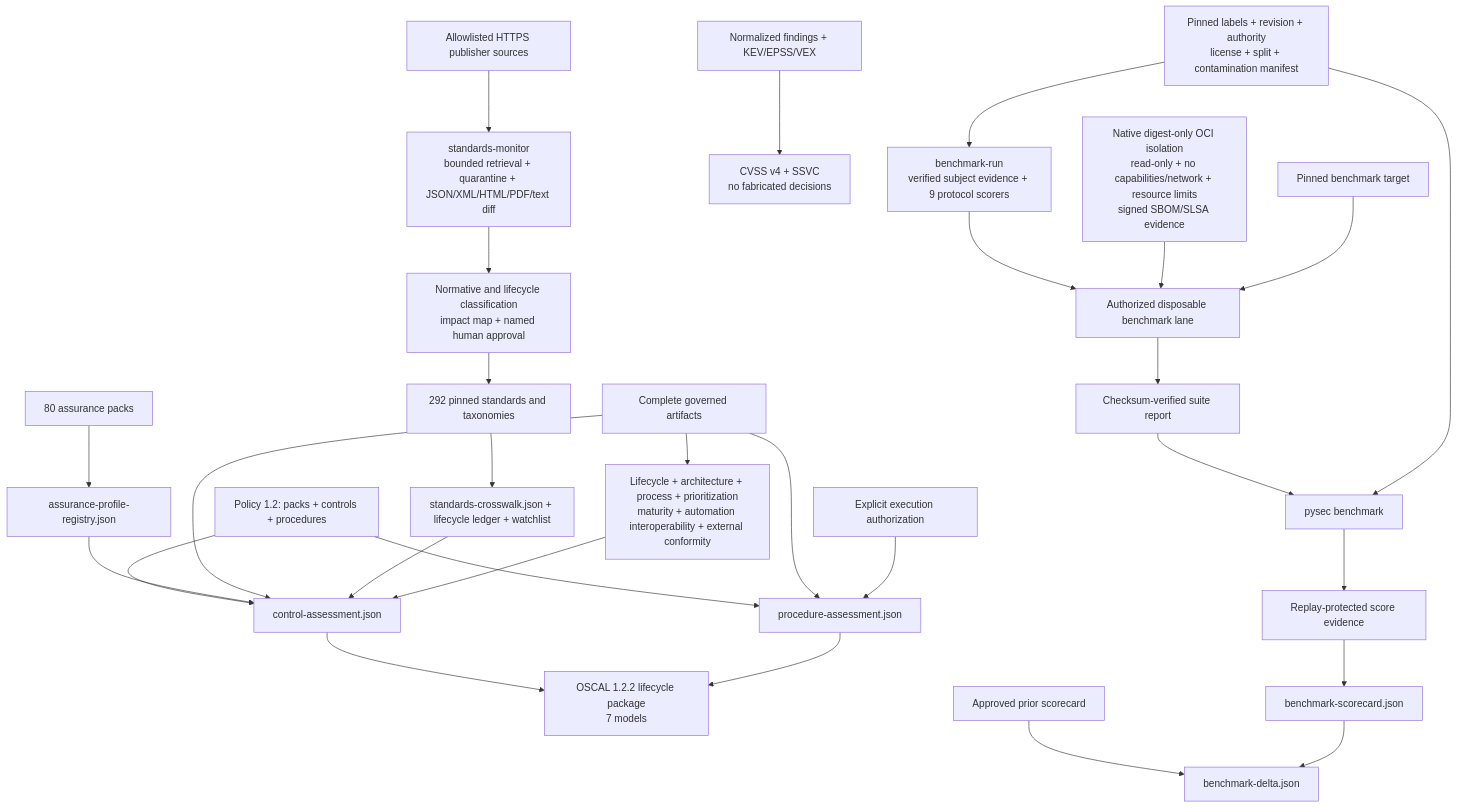
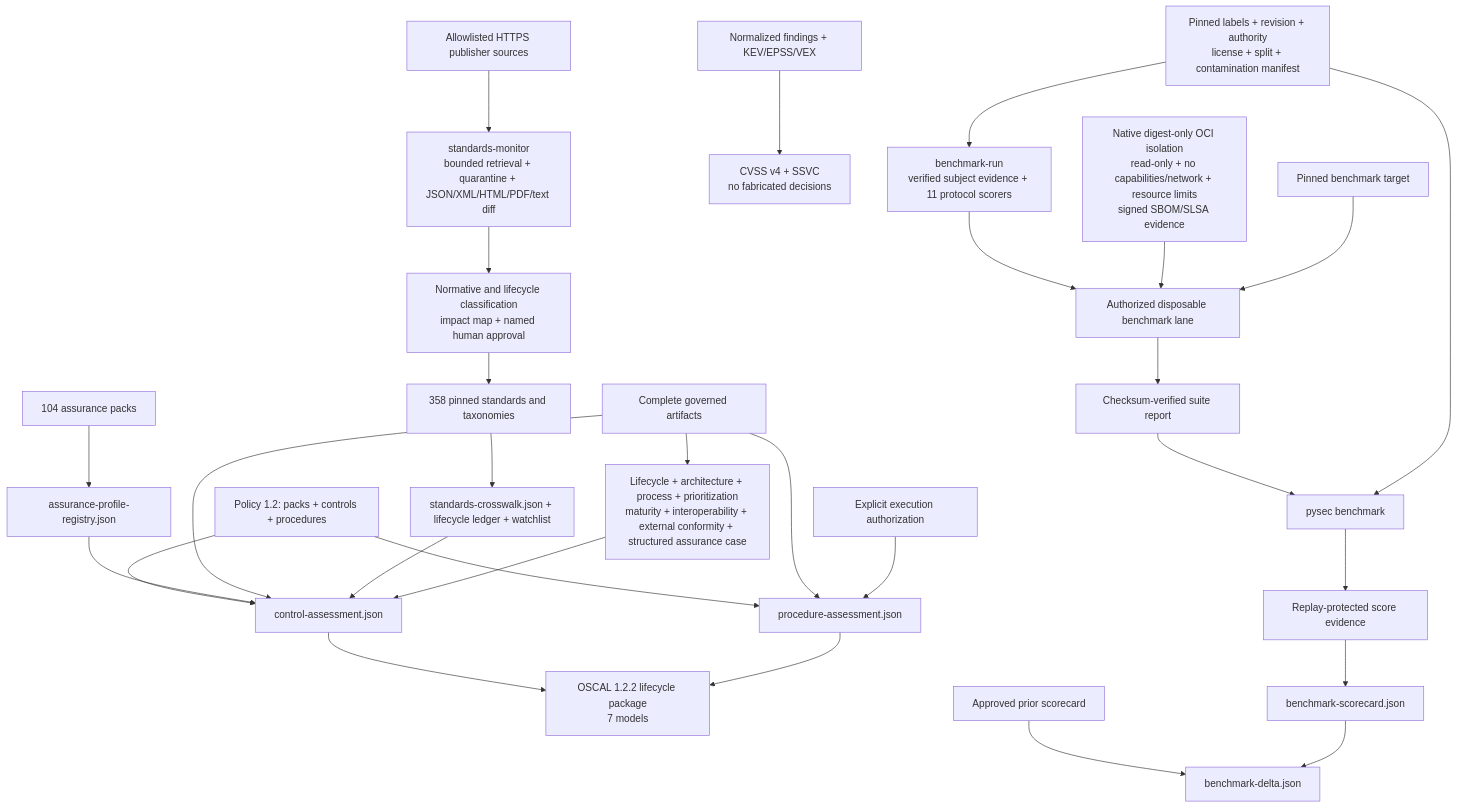
The diagram in docs/industry-standards-benchmarks.md (willtran87/project-py-security-suite), drawn with Mermaid before and after one commit. The commit also changed other lines of this file and 23 other files, not shown here.

Commit message:
Expand industry assurance standards and benchmarks

````diff
--- a/docs/industry-standards-benchmarks.md
+++ b/docs/industry-standards-benchmarks.md
@@ -535,32 +648,32 @@
 ```mermaid
 flowchart TB
     Publisher["Allowlisted HTTPS publisher sources"] --> Monitor["standards-monitor<br/>bounded retrieval + quarantine + JSON/XML/HTML/PDF/text diff"]
     Monitor --> Review["Normative and lifecycle classification<br/>impact map + named human approval"]
-    Review --> Catalog["292 pinned standards and taxonomies"]
+    Review --> Catalog["358 pinned standards and taxonomies"]
     Catalog --> Crosswalk["standards-crosswalk.json + lifecycle ledger + watchlist"]
-    Packs["80 assurance packs"] --> ProfileRegistry["assurance-profile-registry.json"]
+    Packs["104 assurance packs"] --> ProfileRegistry["assurance-profile-registry.json"]
     Policy["Policy 1.2: packs + controls + procedures"] --> Control["control-assessment.json"]
     ProfileRegistry --> Control
     Policy --> Procedure["procedure-assessment.json"]
     Evidence["Complete governed artifacts"] --> Control
     Evidence --> Procedure
     Authorization["Explicit execution authorization"] --> Procedure
     Crosswalk --> Control
-    Evidence --> Foundation["Lifecycle + architecture + process + prioritization<br/>maturity + automation interoperability + external conformity"]
+    Evidence --> Foundation["Lifecycle + architecture + process + prioritization<br/>maturity + interoperability + external conformity + structured assurance case"]
     Foundation --> Control
     Control --> OSCAL["OSCAL 1.2.2 lifecycle package<br/>7 models"]
     Procedure --> OSCAL
 
     Findings["Normalized findings + KEV/EPSS/VEX"] --> Priority["CVSS v4 + SSVC<br/>no fabricated decisions"]
-    Corpus["Pinned labels + revision + authority<br/>license + split + contamination manifest"] --> Adapter["benchmark-run<br/>verified subject evidence + 9 protocol scorers"]
+    Corpus["Pinned labels + revision + authority<br/>license + split + contamination manifest"] --> Adapter["benchmark-run<br/>verified subject evidence + 11 protocol scorers"]
     Adapter --> Lane["Authorized disposable benchmark lane"]
     Qualification["Native digest-only OCI isolation<br/>read-only + no capabilities/network + resource limits<br/>signed SBOM/SLSA evidence"] --> Lane
     Target["Pinned benchmark target"] --> Lane
     Lane --> Report["Checksum-verified suite report"]
     Report --> Evaluate["pysec benchmark"]
     Corpus --> Evaluate
     Evaluate --> Score["Replay-protected score evidence"]
     Score --> Scorecard["benchmark-scorecard.json"]
     Baseline["Approved prior scorecard"] --> Delta["benchmark-delta.json"]
     Scorecard --> Delta
 ```
````
